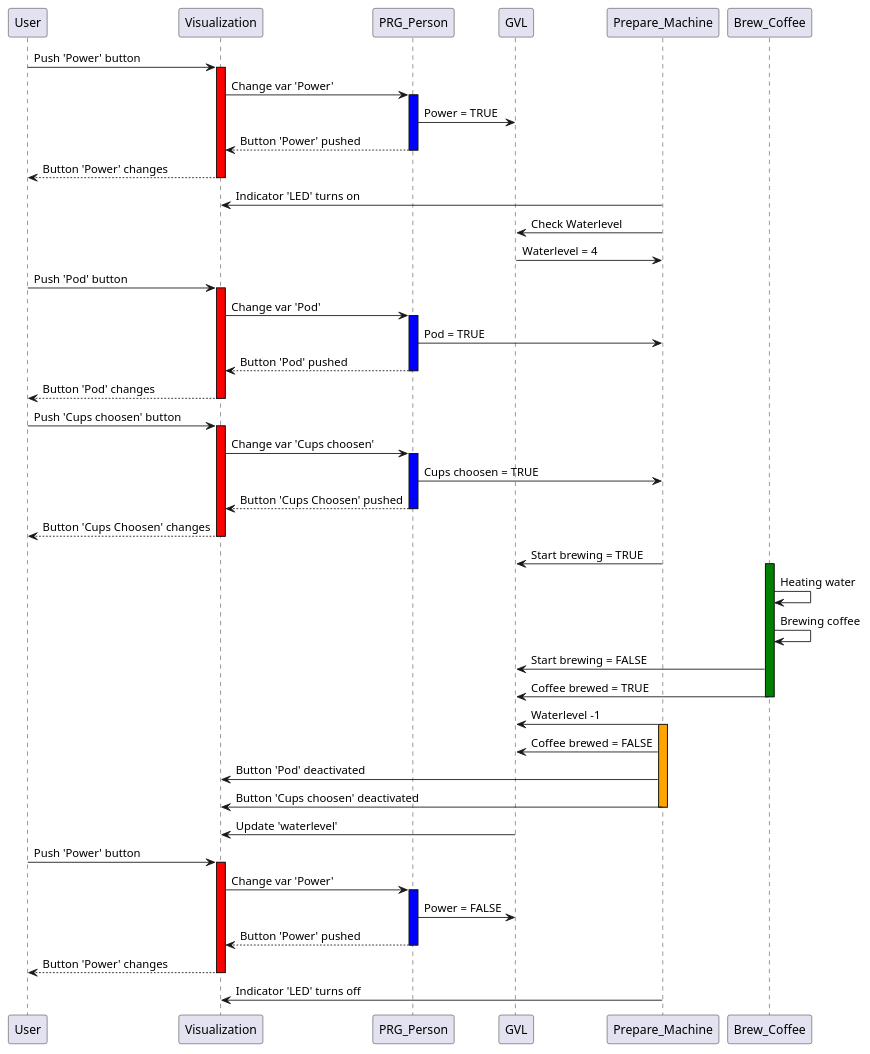
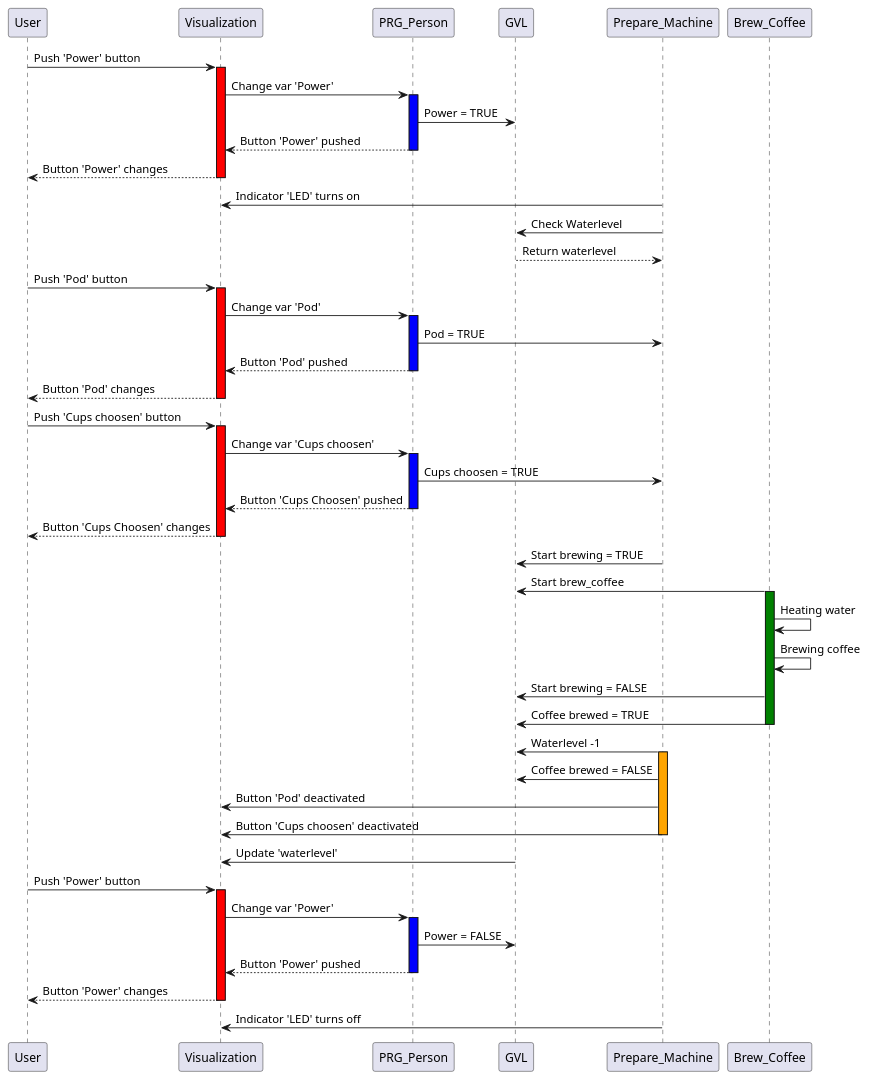
The diagram in src/Sequence_diagram_communication.md (ArendsJurrien/Assignment-Process---Safety-Jurri-n-Arends), drawn with PlantUML before and after one commit. The commit also changed 49 other files, not shown here.

````diff
--- a/src/Sequence_diagram_communication.md
+++ b/src/Sequence_diagram_communication.md
@@ -6,79 +6,80 @@
 ```plantuml
 @startuml
 
 
 User -> Visualization: Push 'Power' button
 activate Visualization #RED
 Visualization -> PRG_Person: Change var 'Power'
 activate PRG_Person #BLUE
 PRG_Person -> GVL: Power = TRUE
 PRG_Person --> Visualization: Button 'Power' pushed
 deactivate PRG_Person 
 Visualization --> User: Button 'Power' changes
 deactivate Visualization 
 Prepare_Machine -> Visualization: Indicator 'LED' turns on
 
 Prepare_Machine -> GVL: Check Waterlevel
-GVL -> Prepare_Machine: Waterlevel = 4
+GVL --> Prepare_Machine: Return waterlevel
 
 
 User -> Visualization: Push 'Pod' button
 activate Visualization #RED
 Visualization -> PRG_Person: Change var 'Pod'
 activate PRG_Person #BLUE
 PRG_Person -> Prepare_Machine: Pod = TRUE
 PRG_Person --> Visualization: Button 'Pod' pushed
 deactivate PRG_Person 
 Visualization --> User: Button 'Pod' changes
 deactivate Visualization 
 
 User -> Visualization: Push 'Cups choosen' button
 activate Visualization #RED
 Visualization -> PRG_Person: Change var 'Cups choosen'
 activate PRG_Person #BLUE
 PRG_Person -> Prepare_Machine: Cups choosen = TRUE
 PRG_Person --> Visualization: Button 'Cups Choosen' pushed
 deactivate PRG_Person
 Visualization --> User: Button 'Cups Choosen' changes
 deactivate Visualization 
 
 Prepare_Machine -> GVL: Start brewing = TRUE
+Brew_Coffee -> GVL: Start brew_coffee
 activate Brew_Coffee #GREEN
 Brew_Coffee -> Brew_Coffee: Heating water
 Brew_Coffee -> Brew_Coffee: Brewing coffee
 Brew_Coffee -> GVL: Start brewing = FALSE
 Brew_Coffee -> GVL: Coffee brewed = TRUE
 deactivate Brew_Coffee
 Prepare_Machine -> GVL: Waterlevel -1
 activate Prepare_Machine #ORANGE
-Prepare_Machine -> GVL:Coffee brewed = FALSE
+Prepare_Machine -> GVL: Coffee brewed = FALSE
 Prepare_Machine -> Visualization: Button 'Pod' deactivated
 Prepare_Machine -> Visualization: Button 'Cups choosen' deactivated
 deactivate Prepare_Machine
 GVL -> Visualization: Update 'waterlevel'
 
 User -> Visualization: Push 'Power' button
 activate Visualization #RED
 Visualization -> PRG_Person: Change var 'Power'
 activate PRG_Person #BLUE
 PRG_Person -> GVL: Power = FALSE
 PRG_Person --> Visualization: Button 'Power' pushed
 deactivate PRG_Person #BLUE
 Visualization --> User: Button 'Power' changes
 deactivate Visualization 
 Prepare_Machine -> Visualization: Indicator 'LED' turns off
 
 
 
 
 
 
 
 
 
 
 
 
 
 @enduml
 ```
````
